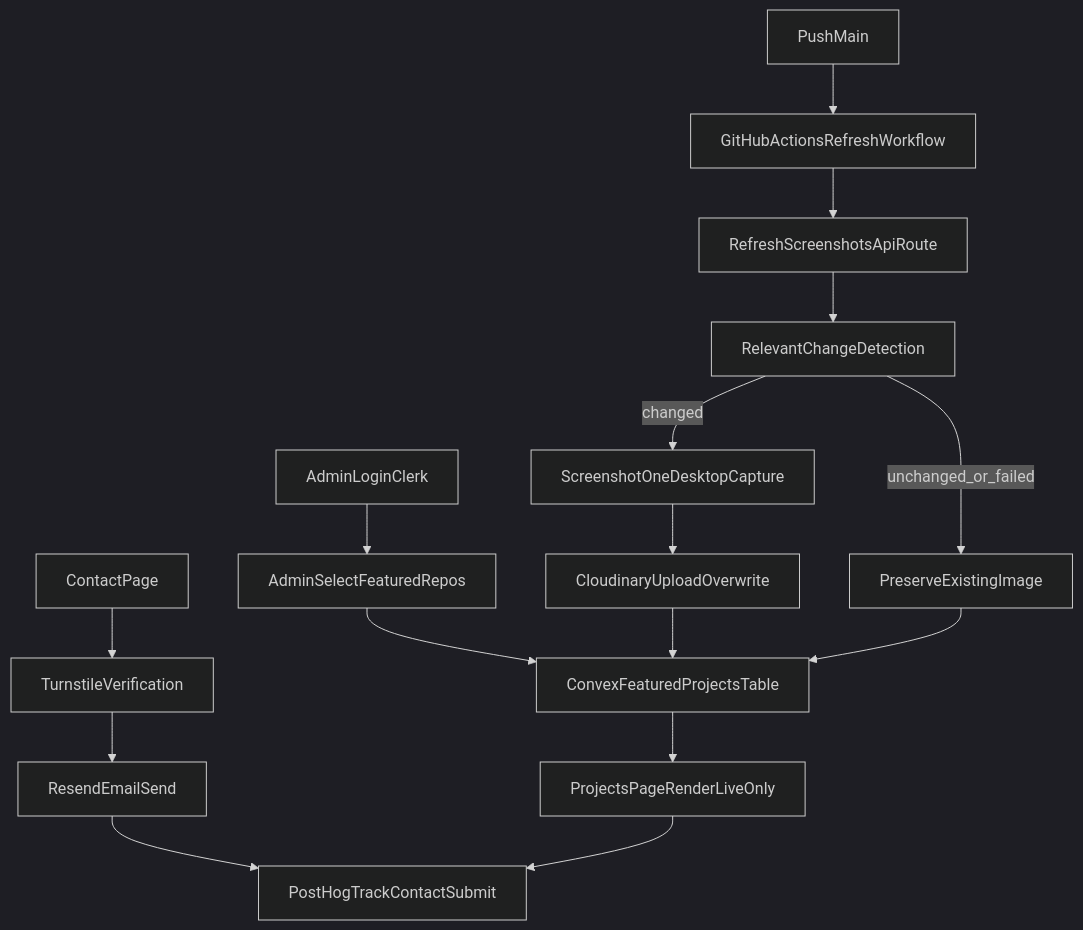
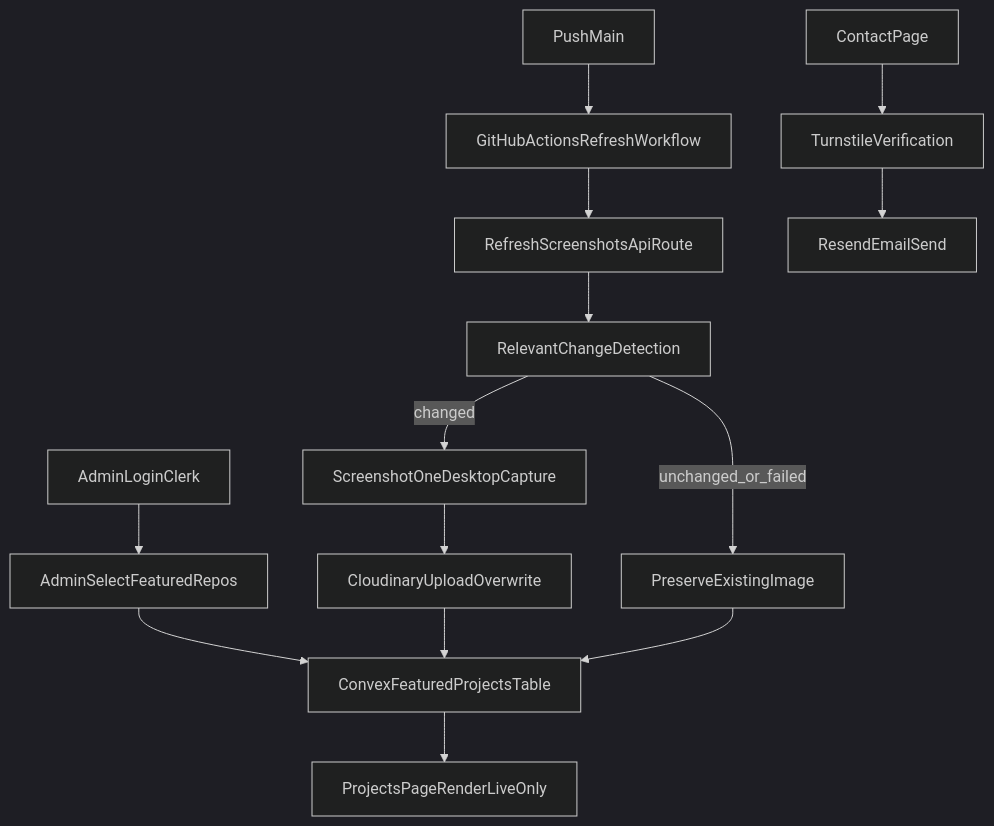
One commit to alloteyphil/portfolio changed the diagram in docs/implementation-plan.md. Above: the diagram before and after it, drawn with Mermaid (dark theme). The commit also changed other lines of this file and 16 other files, not shown here.

First line of the commit message:
Remove PostHog integration and related configurations

````diff
--- a/docs/implementation-plan.md
+++ b/docs/implementation-plan.md
@@ -15,20 +15,18 @@
 ```mermaid
 flowchart TD
   adminLogin["AdminLoginClerk"] --> adminSelect["AdminSelectFeaturedRepos"]
   adminSelect --> featuredStore["ConvexFeaturedProjectsTable"]
   featuredStore --> projectsPage["ProjectsPageRenderLiveOnly"]
 
   pushMain["PushMain"] --> workflow["GitHubActionsRefreshWorkflow"]
   workflow --> refreshApi["RefreshScreenshotsApiRoute"]
   refreshApi --> compareHash["RelevantChangeDetection"]
   compareHash -->|"changed"| screenshotOne["ScreenshotOneDesktopCapture"]
   screenshotOne --> cloudinary["CloudinaryUploadOverwrite"]
   compareHash -->|"unchanged_or_failed"| keepOld["PreserveExistingImage"]
   cloudinary --> featuredStore
   keepOld --> featuredStore
 
   contactPage["ContactPage"] --> turnstile["TurnstileVerification"]
   turnstile --> resend["ResendEmailSend"]
-  resend --> posthog["PostHogTrackContactSubmit"]
-  projectsPage --> posthog
 ```
````
